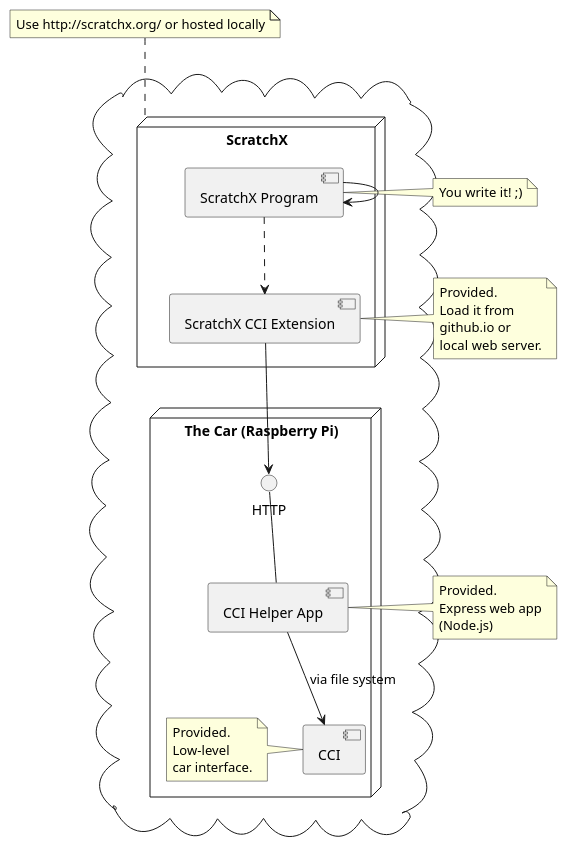
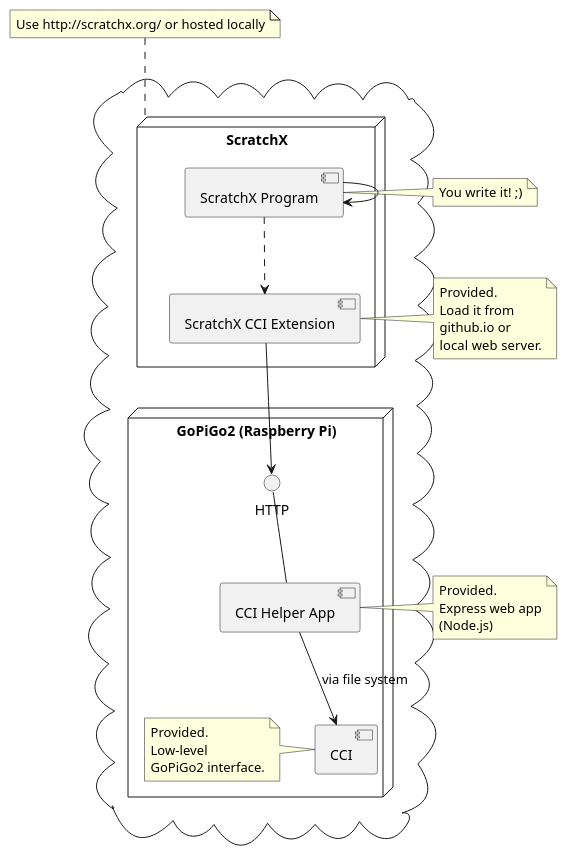
One commit to cci-scratchx/cci-scratchx.github.io changed the diagram in cci-scratchx.puml. Above: the diagram before and after it, drawn with PlantUML. The commit also changed 1 other file, not shown here.

```diff
--- a/cci-scratchx.puml
+++ b/cci-scratchx.puml
@@ -1,47 +1,47 @@
 @startuml
 
 cloud {
     node "ScratchX" {
         [ScratchX CCI Extension]
 
         [ScratchX Program] -> [ScratchX Program]
         [ScratchX Program] ..> [ScratchX CCI Extension]
     }
 
-    node "The Car (Raspberry Pi)" {
+    node "GoPiGo2 (Raspberry Pi)" {
         [CCI]
         HTTP -- [CCI Helper App]
         [CCI Helper App] --> [CCI] : via file system
 
         note left of [CCI]
             Provided.
             Low-level
-            car interface.
+            GoPiGo2 interface.
         end note
     }
 
     [ScratchX CCI Extension] --> HTTP
 }
 
 note left of [ScratchX Program]
     You write it! ;)
 end note
 
 note left of [ScratchX CCI Extension]
     Provided.
     Load it from
     github.io or
     local web server.
 end note
 
 note top of ScratchX
  Use http://scratchx.org/ or hosted locally
 end note
 
 note left of [CCI Helper App]
     Provided.
     Express web app
     (Node.js)
 end note
 
 @enduml
```
